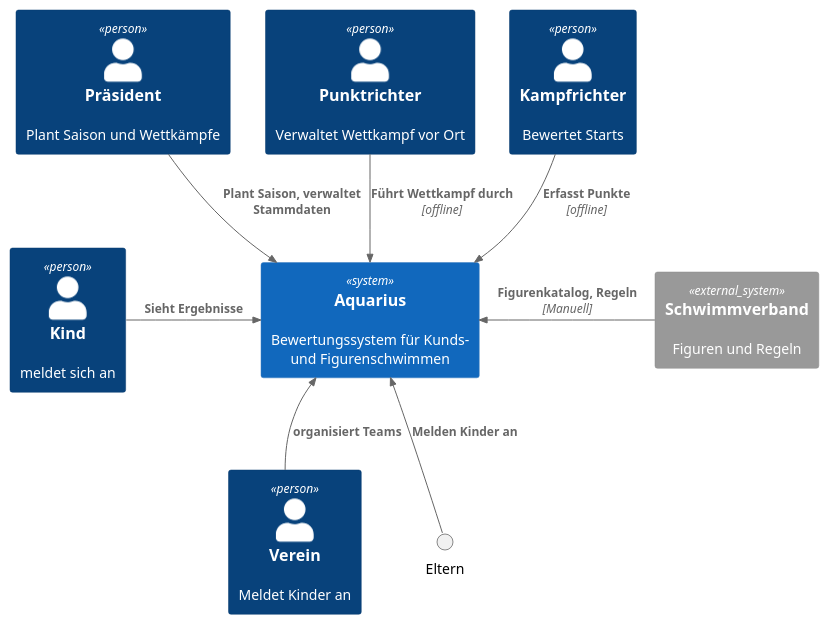
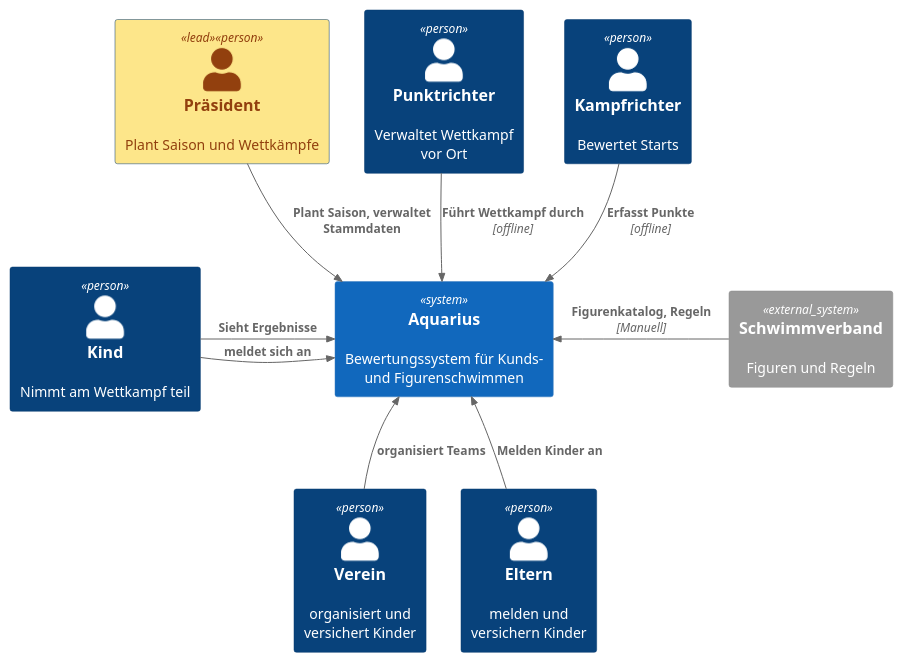
The diagram in documentation/architecture/images/puml/03-business-context.puml (gernotstarke/aquarius), drawn with PlantUML before and after one commit. The commit also changed 5 other files, not shown here.

```diff
--- a/documentation/architecture/images/puml/03-business-context.puml
+++ b/documentation/architecture/images/puml/03-business-context.puml
@@ -1,25 +1,30 @@
 @startuml
 !include <C4/C4_Context>
 
 
-Person(praesident, "Präsident", "Plant Saison und Wettkämpfe")
-Person(verein, "Verein", "Meldet Kinder an")
-Person(punktrichter, "Punktrichter", "Verwaltet Wettkampf vor Ort")
+
+Person(praesident, "Präsident", "Plant Saison und Wettkämpfe", $tags="lead")
+AddElementTag("lead", $bgColor="#FDE68A", $fontColor="#92400E")
+
+Person(verein, "Verein", "organisiert und \nversichert Kinder")
+Person(punktrichter, "Punktrichter", "Verwaltet Wettkampf \nvor Ort")
 Person(kampfrichter, "Kampfrichter", "Bewertet Starts")
 Person(kind, "Kind", "Nimmt am Wettkampf teil")
-Person(kind, "Kind", "meldet sich an")
+
+Person(eltern, "Eltern", "melden und \nversichern Kinder")
 
 System(aquarius, "Aquarius", "Bewertungssystem für Kunds- und Figurenschwimmen")
 
 System_Ext(schwimmverband, "Schwimmverband", "Figuren und Regeln")
 
 Rel(praesident, aquarius, "Plant Saison, verwaltet Stammdaten")
 Rel_U(verein, aquarius, "organisiert Teams" )
-Rel_U(Eltern, aquarius, "Melden Kinder an")
+Rel_U(eltern, aquarius, "Melden Kinder an")
 Rel(punktrichter, aquarius, "Führt Wettkampf durch", "offline")
 Rel(kampfrichter, aquarius, "Erfasst Punkte", "offline")
 Rel_R(kind, aquarius, "Sieht Ergebnisse")
+Rel_R(kind, aquarius, "meldet sich an")
 
 Rel_L(schwimmverband, aquarius, "Figurenkatalog, Regeln", "Manuell")
 
 @enduml
```
